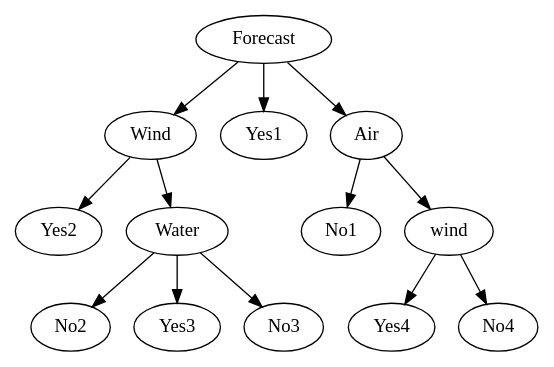
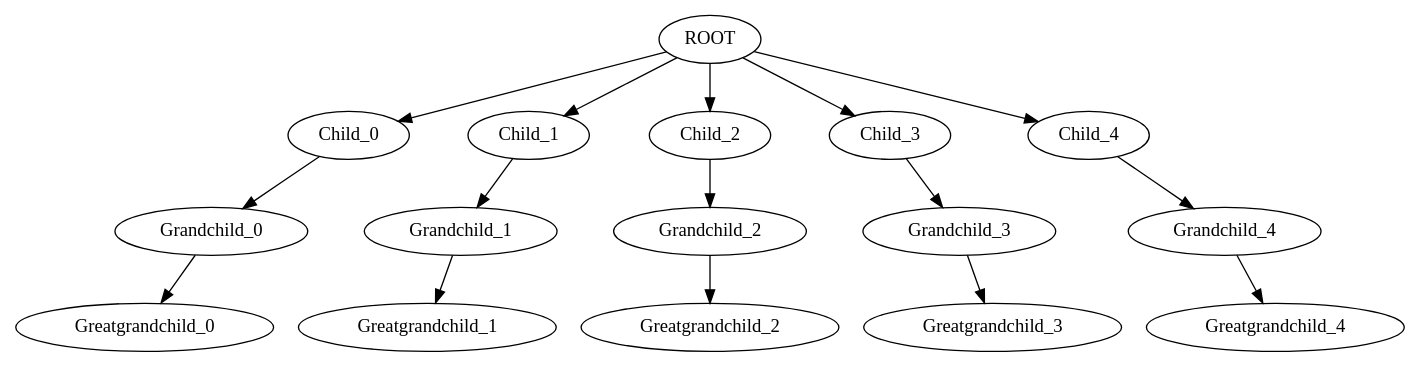
One commit to nattip/CIS678 changed the diagram in project_3/test.dot. Above: the diagram before and after it, drawn with Graphviz. The commit also changed 2 other files, not shown here.

```diff
--- a/project_3/test.dot
+++ b/project_3/test.dot
@@ -1,14 +1,17 @@
 strict digraph "" {
-	Forecast -> Wind;
-	Forecast -> Yes1;
-	Forecast -> Air;
-	Wind -> Yes2;
-	Wind -> Water;
-	Air -> No1;
-	Air -> wind;
-	Water -> No2;
-	Water -> Yes3;
-	Water -> No3;
-	wind -> Yes4;
-	wind -> No4;
+	ROOT -> Child_0;
+	ROOT -> Child_1;
+	ROOT -> Child_2;
+	ROOT -> Child_3;
+	ROOT -> Child_4;
+	Child_0 -> Grandchild_0;
+	Grandchild_0 -> Greatgrandchild_0;
+	Child_1 -> Grandchild_1;
+	Grandchild_1 -> Greatgrandchild_1;
+	Child_2 -> Grandchild_2;
+	Grandchild_2 -> Greatgrandchild_2;
+	Child_3 -> Grandchild_3;
+	Grandchild_3 -> Greatgrandchild_3;
+	Child_4 -> Grandchild_4;
+	Grandchild_4 -> Greatgrandchild_4;
 }
```
